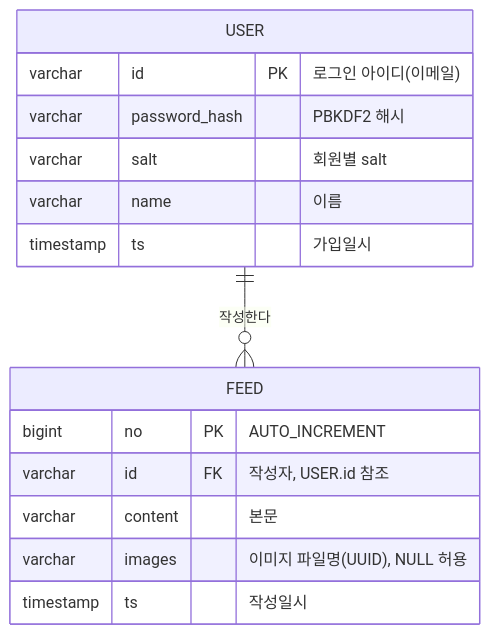
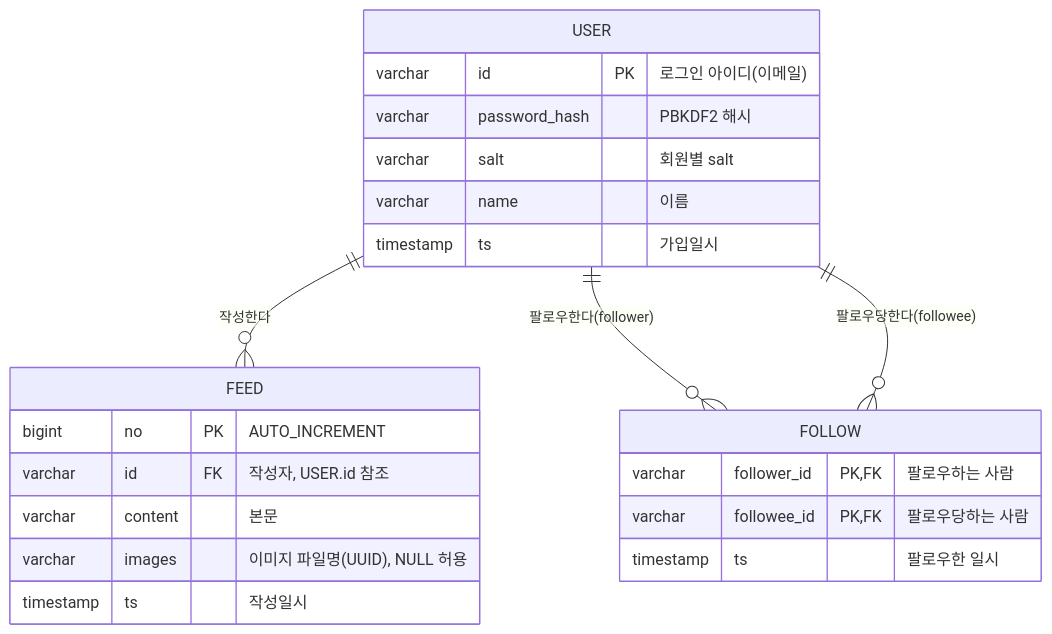
Before and after one commit to rkeuni0i/SNS-page: the diagram in README.md, drawn with Mermaid. The commit also changed other lines of this file and 24 other files, not shown here.

````diff
--- a/README.md
+++ b/README.md
@@ -108,20 +122,28 @@
 ```mermaid
 erDiagram
     USER ||--o{ FEED : "작성한다"
+    USER ||--o{ FOLLOW : "팔로우한다(follower)"
+    USER ||--o{ FOLLOW : "팔로우당한다(followee)"
 
     USER {
         varchar id PK "로그인 아이디(이메일)"
         varchar password_hash "PBKDF2 해시"
         varchar salt "회원별 salt"
         varchar name "이름"
         timestamp ts "가입일시"
     }
 
     FEED {
         bigint no PK "AUTO_INCREMENT"
         varchar id FK "작성자, USER.id 참조"
         varchar content "본문"
         varchar images "이미지 파일명(UUID), NULL 허용"
         timestamp ts "작성일시"
     }
+
+    FOLLOW {
+        varchar follower_id PK, FK "팔로우하는 사람"
+        varchar followee_id PK, FK "팔로우당하는 사람"
+        timestamp ts "팔로우한 일시"
+    }
 ```
````
